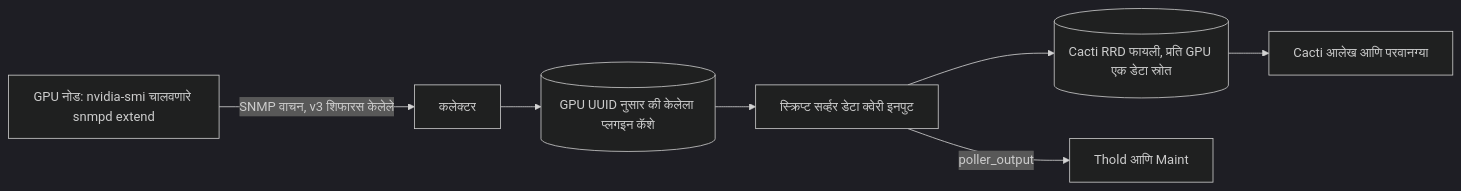
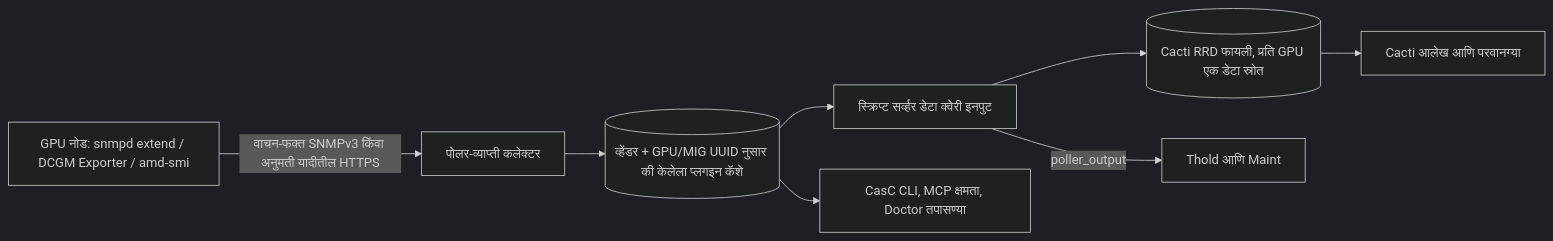
The diagram in docs/i18n/mr-IN/README.md (somethingwithproof/plugin_gpu), drawn with Mermaid (dark theme) before and after one commit. The commit also changed other lines of this file and 47 other files, not shown here.

````diff
--- a/docs/i18n/mr-IN/README.md
+++ b/docs/i18n/mr-IN/README.md
@@ -113,9 +113,10 @@
 ```mermaid
 flowchart LR
-    NODE["GPU नोड: nvidia-smi चालवणारे snmpd extend"] -->|SNMP वाचन, v3 शिफारस केलेले| C["कलेक्टर"]
-    C --> CACHE[("GPU UUID नुसार की केलेला प्लगइन कॅशे")]
+    NODE["GPU नोड: snmpd extend / DCGM Exporter / amd-smi"] -->|वाचन-फक्त SNMPv3 किंवा अनुमती यादीतील HTTPS| C["पोलर-व्याप्ती कलेक्टर"]
+    C --> CACHE[("व्हेंडर + GPU/MIG UUID नुसार की केलेला प्लगइन कॅशे")]
     CACHE --> SS["स्क्रिप्ट सर्व्हर डेटा क्वेरी इनपुट"]
+    CACHE --> ECO["CasC CLI, MCP क्षमता, Doctor तपासण्या"]
     SS --> RRD[("Cacti RRD फायली, प्रति GPU एक डेटा स्रोत")]
     SS -->|poller_output| T["Thold आणि Maint"]
     RRD --> G["Cacti आलेख आणि परवानग्या"]
 ```
````
